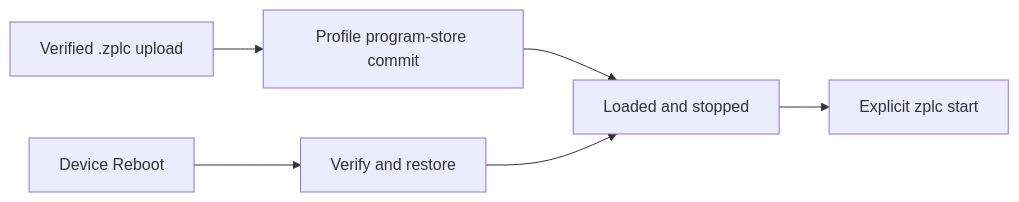
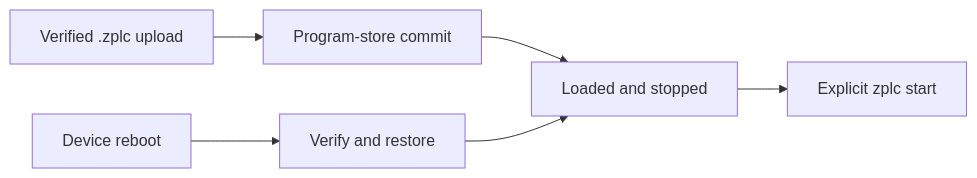
Before and after one commit to eduardojvieira/ZPLC: the diagram in docs/docs/runtime/persistence.md, drawn with Mermaid. The commit also changed other lines of this file and 11 other files, not shown here.

Commit message:
docs(runtime): rewrite the architecture, runtime overview, scheduler, memory model, persistence and HAL pages

````diff
--- a/docs/docs/runtime/persistence.md
+++ b/docs/docs/runtime/persistence.md
@@ -33,8 +30,8 @@
 ```mermaid
 flowchart LR
-  Load[Verified .zplc upload] --> Save[Profile program-store commit]
+  Load[Verified .zplc upload] --> Save[Program-store commit]
   Save --> Ready[Loaded and stopped]
-  Boot[Device Reboot] --> Restore[Verify and restore]
+  Boot[Device reboot] --> Restore[Verify and restore]
   Restore --> Ready
   Ready --> Start[Explicit zplc start]
 ```
````
